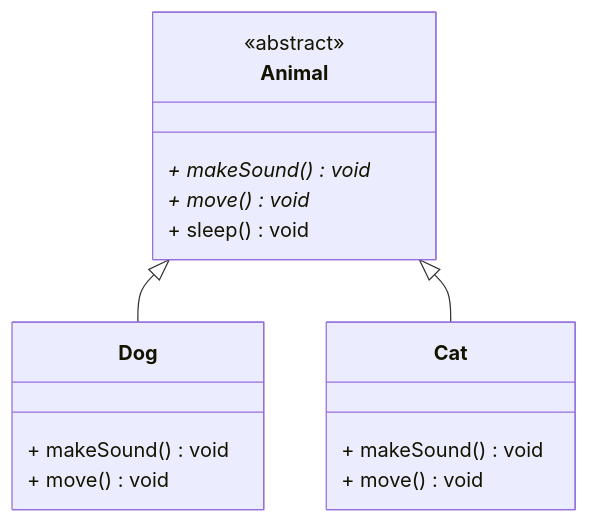
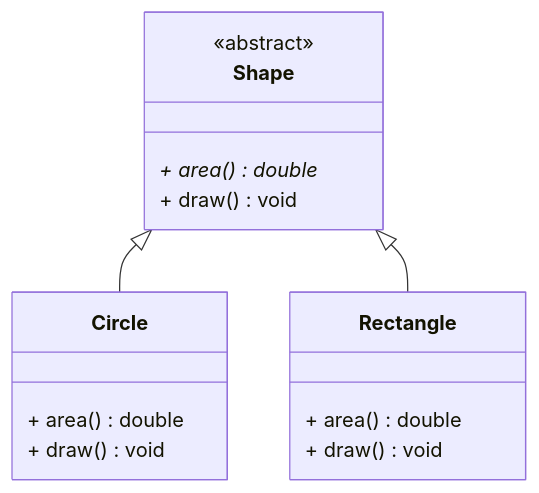
One commit to Apisteftos/QtTutorialCpp changed the ninth of 9 diagrams in 02_OOP/03_Abstraction/Readme.md. Above: the diagram before and after it, drawn with Mermaid. The commit also changed other lines of this file, not shown here.

Commit message:
feat: updating the readme.md with mermaid visualisation

````diff
--- a/02_OOP/03_Abstraction/Readme.md
+++ b/02_OOP/03_Abstraction/Readme.md
@@ -804,19 +883,18 @@
 ```mermaid
 classDiagram
-    class Animal {
+    class Shape {
         <<abstract>>
-        + makeSound() void*
-        + move() void*
-        + sleep() void
+        + area() double*
+        + draw() void
     }
-    class Dog {
-        + makeSound() void
-        + move() void
+    class Circle {
+        + area() double
+        + draw() void
     }
-    class Cat {
-        + makeSound() void
-        + move() void
+    class Rectangle {
+        + area() double
+        + draw() void
     }
-    Animal <|-- Dog
-    Animal <|-- Cat
+    Shape <|-- Circle
+    Shape <|-- Rectangle
 ```
````
